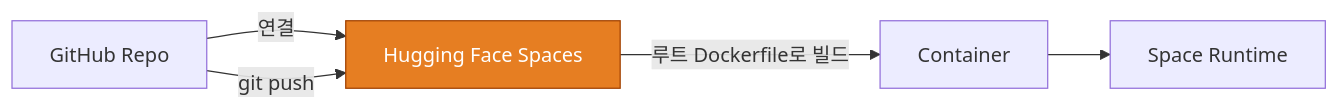
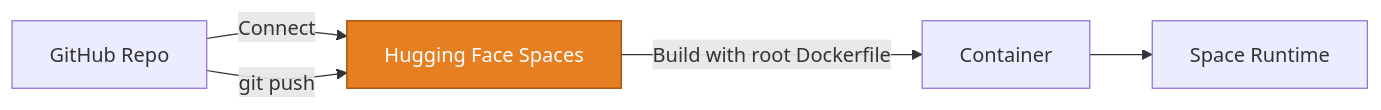
The second of 2 diagrams in README.md (m97j/persona-chat-engine), drawn with Mermaid before and after one commit. The commit also changed other lines of this file, not shown here.

````diff
--- a/README.md
+++ b/README.md
@@ -343,8 +99,8 @@
 ```mermaid
 flowchart LR
-  Repo[GitHub Repo] -- 연결 --> HF[Hugging Face Spaces]
-  HF -- 루트 Dockerfile로 빌드 --> Image[Container]
-  Image --> Run[Space Runtime]
-  Repo -- git push --> HF:::hot
-  classDef hot fill:#E67E22,color:#fff,stroke:#A04000
+Repo[GitHub Repo] -- Connect --> HF[Hugging Face Spaces]
+HF -- Build with root Dockerfile --> Image[Container]
+Image --> Run[Space Runtime]
+Repo -- git push --> HF:::hot
+classDef hot fill:#E67E22,color:#fff,stroke:#A04000
 ```
````
